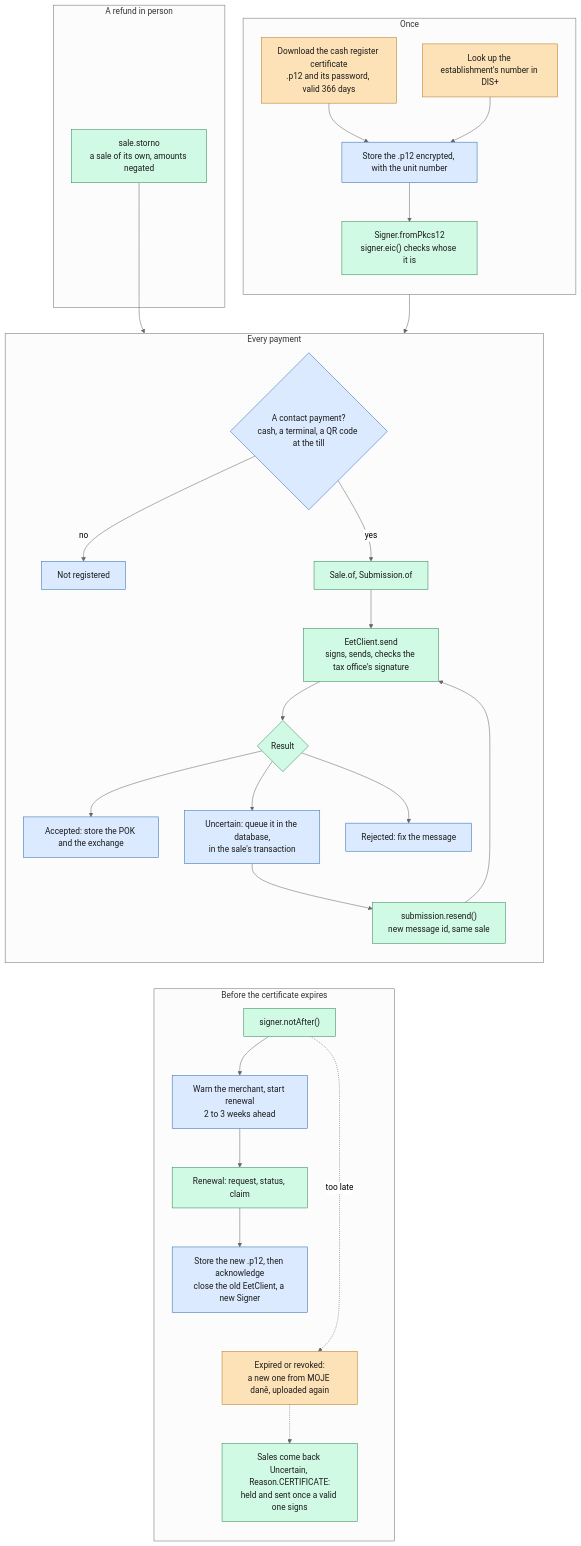
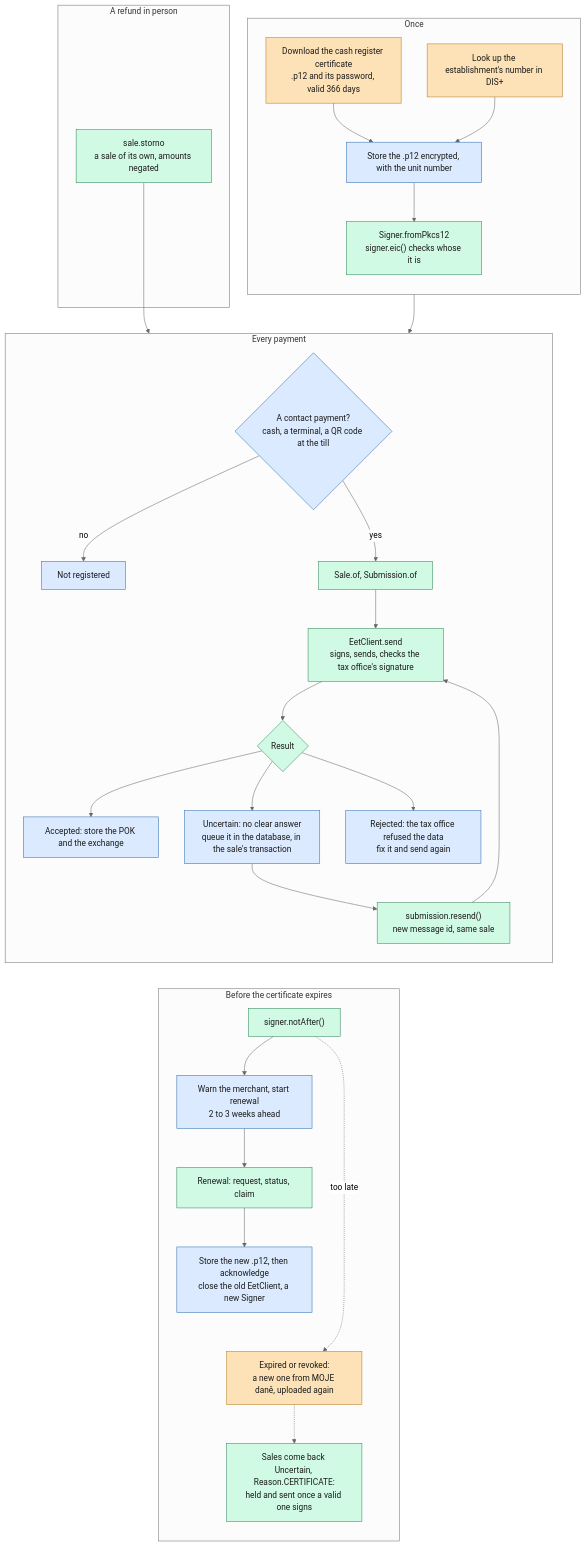
The diagram in .docs/lifecycle.md (landsman/eet-client), drawn with Mermaid (neutral theme) before and after one commit. The commit also changed 1 other file, not shown here.

Commit message:
docs: say on the diagrams what happens, not which protocol or class does it

````diff
--- a/.docs/lifecycle.md
+++ b/.docs/lifecycle.md
@@ -6,57 +6,57 @@
 ```mermaid
 flowchart TB
     subgraph setup["Once"]
         direction TB
         cert["Download the cash register certificate<br/>.p12 and its password, valid 366 days"]:::taxpayer
         unit["Look up the establishment's number in DIS+"]:::taxpayer
         store["Store the .p12 encrypted, with the unit number"]:::app
         signer["Signer.fromPkcs12<br/>signer.eic() checks whose it is"]:::lib
         cert --> store
         unit --> store
         store --> signer
     end
 
     subgraph sale["Every payment"]
         direction TB
         contact{"A contact payment?<br/>cash, a terminal, a QR code at the till"}:::app
         none["Not registered"]:::app
         build["Sale.of, Submission.of"]:::lib
         send["EetClient.send<br/>signs, sends, checks the tax office's signature"]:::lib
         result{"Result"}:::lib
         accepted["Accepted: store the POK and the exchange"]:::app
-        uncertain["Uncertain: queue it in the database,<br/>in the sale's transaction"]:::app
+        uncertain["Uncertain: no clear answer<br/>queue it in the database, in the sale's transaction"]:::app
         resend["submission.resend()<br/>new message id, same sale"]:::lib
-        rejected["Rejected: fix the message"]:::app
+        rejected["Rejected: the tax office refused the data<br/>fix it and send again"]:::app
         contact -- no --> none
         contact -- yes --> build --> send --> result
         result --> accepted
         result --> uncertain --> resend --> send
         result --> rejected
     end
 
     subgraph refund["A refund in person"]
         storno["sale.storno<br/>a sale of its own, amounts negated"]:::lib
     end
 
     subgraph expiry["Before the certificate expires"]
         direction TB
         watch["signer.notAfter()"]:::lib
         warn["Warn the merchant, start renewal<br/>2 to 3 weeks ahead"]:::app
         renew["Renewal: request, status, claim"]:::lib
         keep["Store the new .p12, then acknowledge<br/>close the old EetClient, a new Signer"]:::app
         expired["Expired or revoked:<br/>a new one from MOJE daně, uploaded again"]:::taxpayer
         held["Sales come back Uncertain, Reason.CERTIFICATE:<br/>held and sent once a valid one signs"]:::lib
         watch --> warn --> renew --> keep
         keep ~~~ expired
         watch -. too late .-> expired
         expired -.-> held
     end
 
     signer --> contact
     storno --> build
     accepted ~~~ watch
 
     classDef taxpayer fill:#fde2b8,stroke:#b7791f,color:#1a1a1a
     classDef app fill:#dbeafe,stroke:#2b6cb0,color:#1a1a1a
     classDef lib fill:#d1fae5,stroke:#2f855a,color:#1a1a1a
 ```
````
